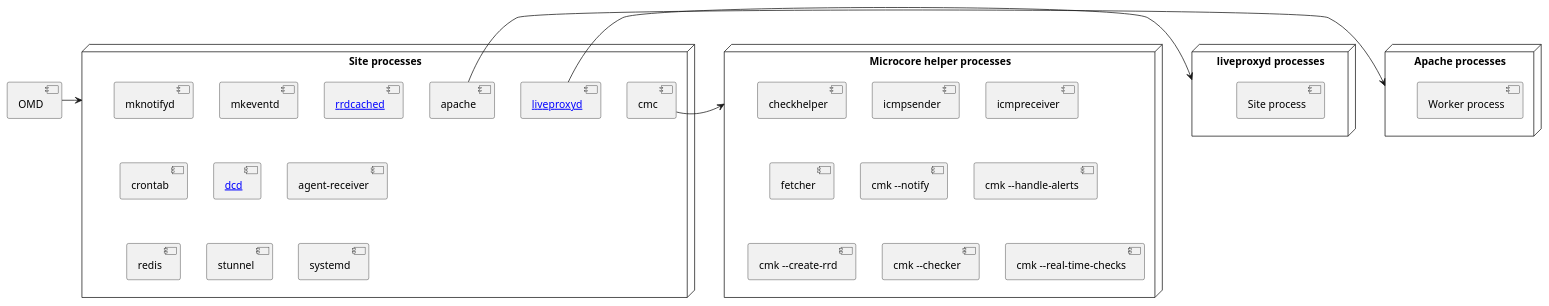
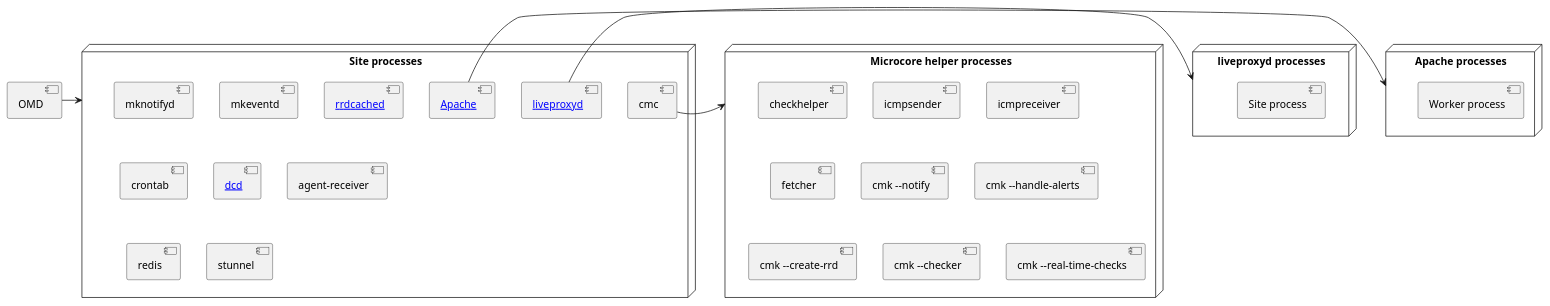
The diagram in doc/documentation/arch-comp-omd.rst (Checkmk/checkmk), drawn with PlantUML before and after one commit. The commit also changed other lines of this file and 6 other files, not shown here.

Commit message:
Add Apache architecture article

```diff
--- a/doc/documentation/arch-comp-omd.rst
+++ b/doc/documentation/arch-comp-omd.rst
@@ -92,39 +93,38 @@
 .. uml::
 
    [OMD]
    node "Site processes" as omd_p {
       [mknotifyd]
       [mkeventd]
       component "[[../arch-comp-rrdcached.html rrdcached]]" as rrdcached
       [liveproxyd]
       component "[[../arch-comp-liveproxyd.html liveproxyd]]" as liveproxyd
       [crontab]
       component "[[../arch-comp-dcd.html dcd]]" as dcd
-      [apache]
+      component "[[../arch-comp-apache.html Apache]]" as apache
       [agent-receiver]
       [redis]
       [stunnel]
-      [systemd]
       [cmc]
    }
    node "Microcore helper processes" as cmc_p {
       [checkhelper] as checker
       [icmpsender]
       [icmpreceiver]
       [fetcher]
       [cmk --notify]
       [cmk --handle-alerts]
       [cmk --create-rrd]
       [cmk --checker]
       [cmk --real-time-checks]
    }
    node "liveproxyd processes" as liveproxyd_p {
       [Site process]
    }
    node "Apache processes" as apache_p {
       [Worker process]
    }
    OMD -> omd_p
    cmc -> cmc_p
    liveproxyd -> liveproxyd_p
    apache -> apache_p
```
